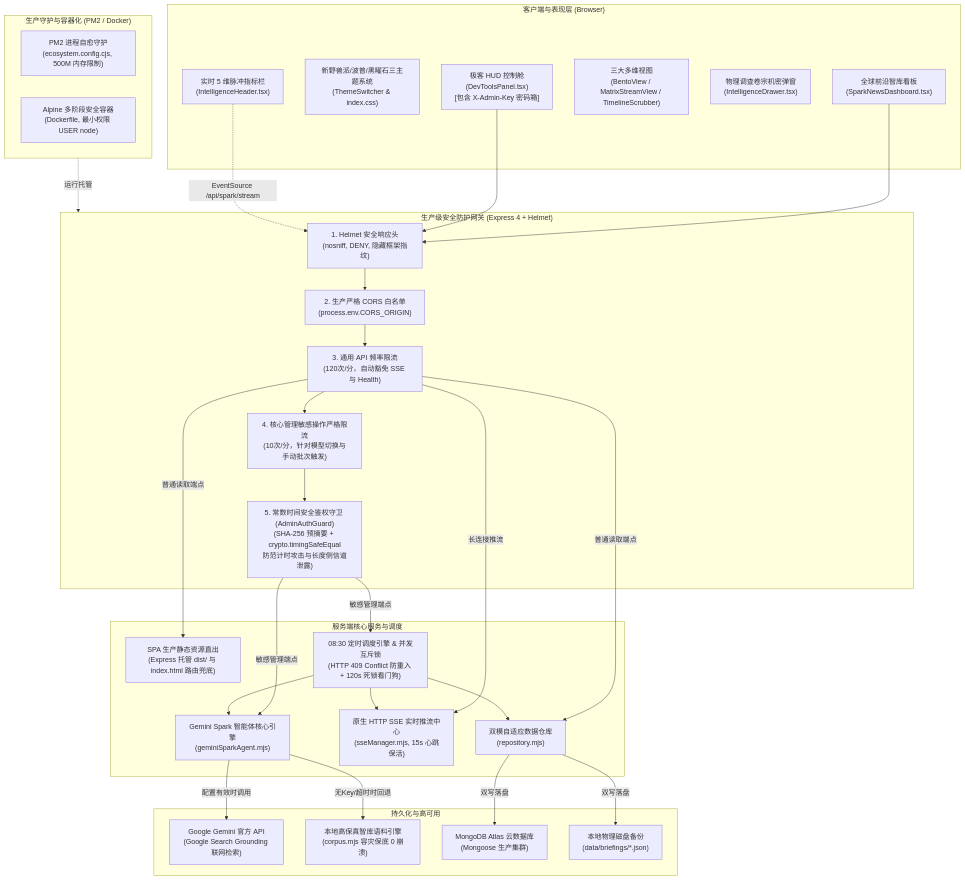
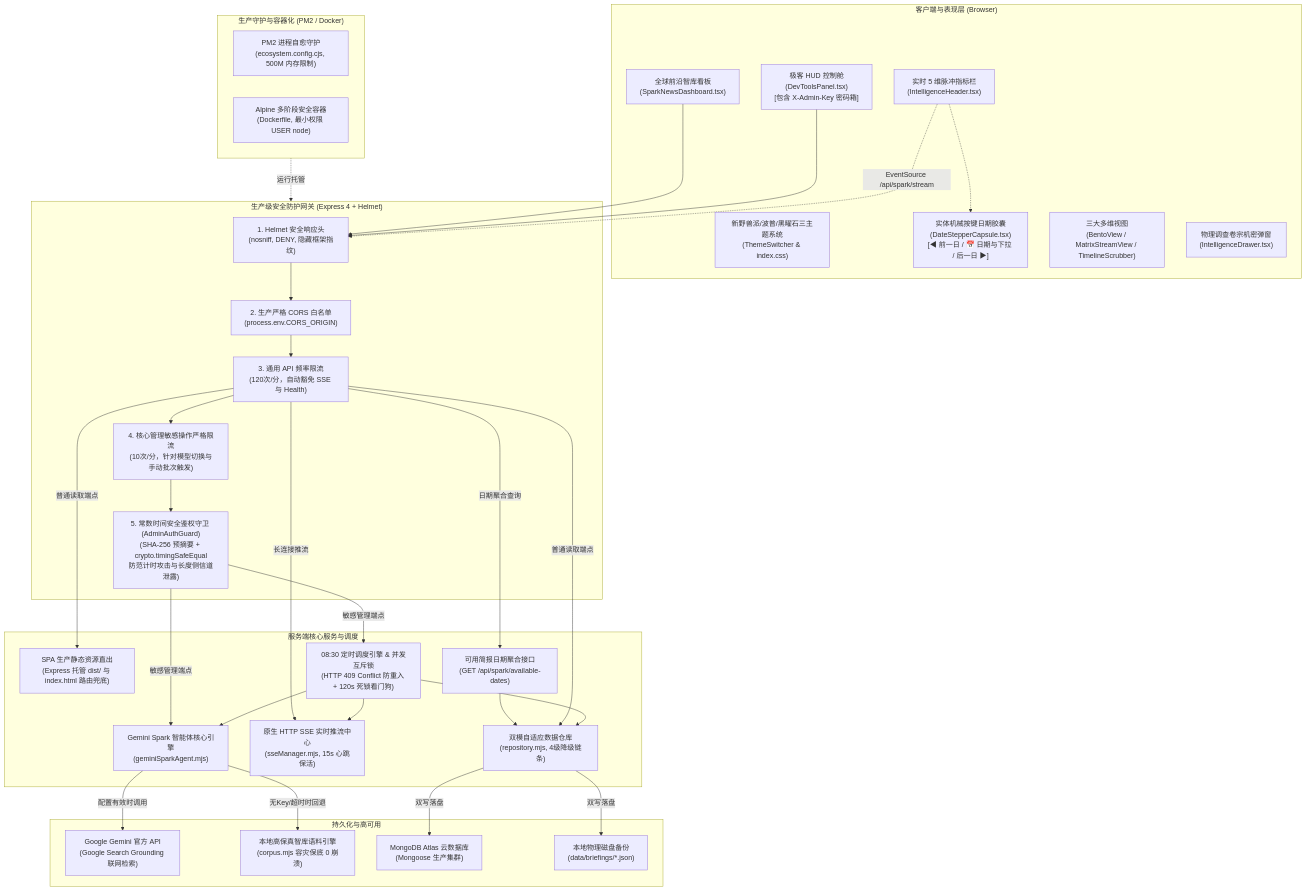
Before and after one commit to Shawn-cz/gemini-spark-news: the first of 2 diagrams in HANDOVER.md, drawn with Mermaid. The commit also changed other lines of this file, not shown here.

Commit message:
docs(handover): archive historical date stepper feature, UI-002 fix, and updated test suite

````diff
--- a/HANDOVER.md
+++ b/HANDOVER.md
@@ -48,57 +49,61 @@
 ```mermaid
 flowchart TD
     subgraph Client["客户端与表现层 (Browser)"]
         UI["全球前沿智库看板\n(SparkNewsDashboard.tsx)"]
         Theme["新野兽派/波普/黑曜石三主题系统\n(ThemeSwitcher & index.css)"]
         Header["实时 5 维脉冲指标栏\n(IntelligenceHeader.tsx)"]
+        Stepper["实体机械按键日期胶囊\n(DateStepperCapsule.tsx)\n[◀ 前一日 / 📅 日期与下拉 / 后一日 ▶]"]
         Views["三大多维视图\n(BentoView / MatrixStreamView / TimelineScrubber)"]
         Modal["物理调查卷宗机密弹窗\n(IntelligenceDrawer.tsx)"]
         HUD["极客 HUD 控制舱\n(DevToolsPanel.tsx)\n[包含 X-Admin-Key 密码箱]"]
     end
 
     subgraph SecurityGateway["生产级安全防护网关 (Express 4 + Helmet)"]
         H1["1. Helmet 安全响应头\n(nosniff, DENY, 隐藏框架指纹)"]
         CORS["2. 生产严格 CORS 白名单\n(process.env.CORS_ORIGIN)"]
         RL1["3. 通用 API 频率限流\n(120次/分，自动豁免 SSE 与 Health)"]
         RL2["4. 核心管理敏感操作严格限流\n(10次/分，针对模型切换与手动批次触发)"]
         AUTH["5. 常数时间安全鉴权守卫 (AdminAuthGuard)\n(SHA-256 预摘要 + crypto.timingSafeEqual\n防范计时攻击与长度侧信道泄露)"]
     end
 
     subgraph BackendCore["服务端核心服务与调度"]
         StaticServe["SPA 生产静态资源直出\n(Express 托管 dist/ 与 index.html 路由兜底)"]
+        DatesRoute["可用简报日期聚合接口\n(GET /api/spark/available-dates)"]
         Scheduler["08:30 定时调度引擎 & 并发互斥锁\n(HTTP 409 Conflict 防重入 + 120s 死锁看门狗)"]
         Agent["Gemini Spark 智能体核心引擎\n(geminiSparkAgent.mjs)"]
         SSE["原生 HTTP SSE 实时推流中心\n(sseManager.mjs, 15s 心跳保活)"]
-        Repo["双模自适应数据仓库\n(repository.mjs)"]
+        Repo["双模自适应数据仓库\n(repository.mjs, 4级降级链条)"]
     end
 
     subgraph Persistence["持久化与高可用"]
         GoogleAPI["Google Gemini 官方 API\n(Google Search Grounding 联网检索)"]
         CorpusFallback["本地高保真智库语料引擎\n(corpus.mjs 容灾保底 0 崩溃)"]
         MongoDB["MongoDB Atlas 云数据库\n(Mongoose 生产集群)"]
         LocalFile["本地物理磁盘备份\n(data/briefings/*.json)"]
     end
 
     subgraph ProductionRuntime["生产守护与容器化 (PM2 / Docker)"]
         PM2["PM2 进程自愈守护\n(ecosystem.config.cjs, 500M 内存限制)"]
         Docker["Alpine 多阶段安全容器\n(Dockerfile, 最小权限 USER node)"]
     end
 
     UI --> H1
     HUD --> H1
+    Header -.-> Stepper
     Header -.->|EventSource /api/spark/stream| H1
     H1 --> CORS --> RL1
     RL1 -->|普通读取端点| StaticServe
+    RL1 -->|日期聚合查询| DatesRoute --> Repo
     RL1 -->|普通读取端点| Repo
     RL1 -->|长连接推流| SSE
     RL1 --> RL2 --> AUTH -->|敏感管理端点| Scheduler
     AUTH -->|敏感管理端点| Agent
     Scheduler --> Agent
     Scheduler --> SSE
     Scheduler --> Repo
     Agent -->|配置有效时调用| GoogleAPI
     Agent -->|无Key/超时时回退| CorpusFallback
     Repo -->|双写落盘| MongoDB
     Repo -->|双写落盘| LocalFile
     ProductionRuntime -.->|运行托管| SecurityGateway
 ```
````
